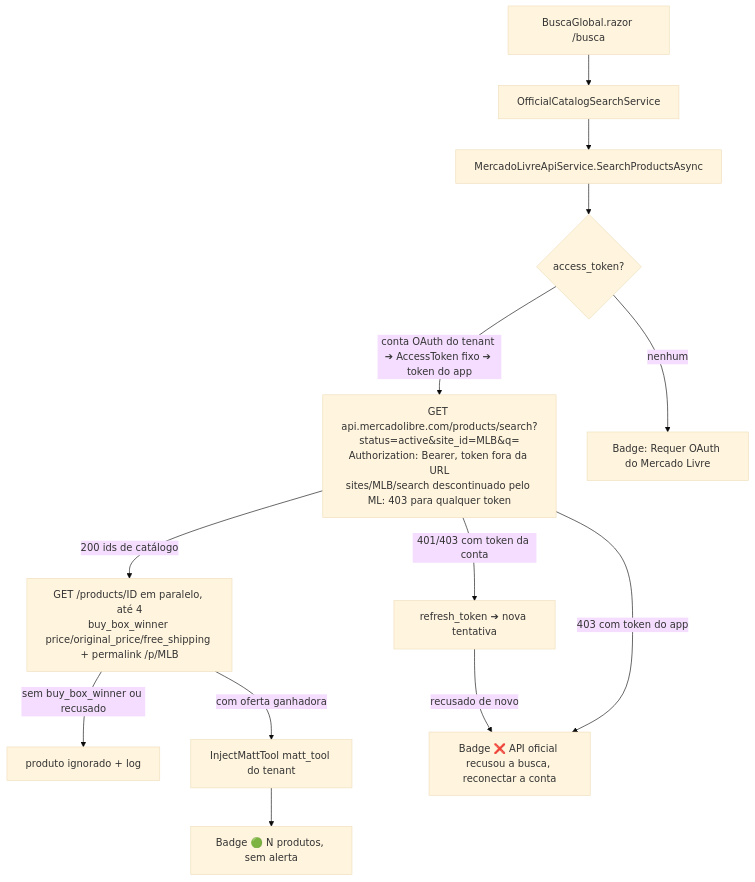
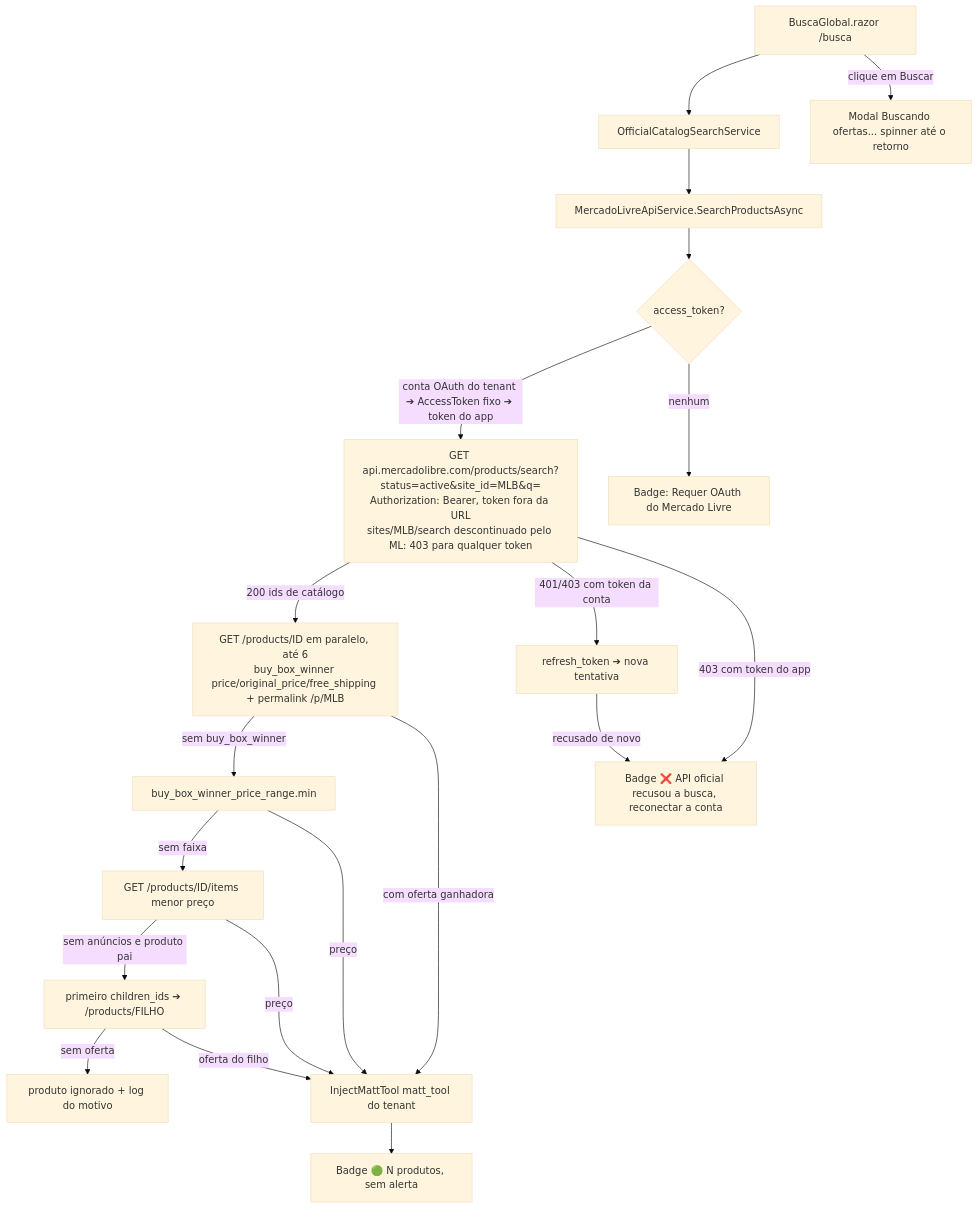
One commit to ronyaraujodeveloper/TecFlow changed diagram 24 of 29 in docs/DIAGRAMAS_ARQUITETURA.md. Above: the diagram before and after it, drawn with Mermaid (base theme). The commit also changed 10 other files, not shown here.

Commit message:
fix(ml): ofertas de catalogo sem buy box via faixa de preco, products/items e produto filho; modal de carregamento na Buscar Ofertas

````diff
--- a/docs/DIAGRAMAS_ARQUITETURA.md
+++ b/docs/DIAGRAMAS_ARQUITETURA.md
@@ -1636,15 +1636,22 @@
 ```mermaid
 flowchart TB
   BG[BuscaGlobal.razor /busca] --> OCS[OfficialCatalogSearchService]
   OCS --> MLS[MercadoLivreApiService.SearchProductsAsync]
   MLS --> TOKEN{access_token?}
   TOKEN -->|conta OAuth do tenant ➔ AccessToken fixo ➔ token do app| OAUTH[GET api.mercadolibre.com/products/search?status=active&site_id=MLB&q=<br/>Authorization: Bearer, token fora da URL<br/>sites/MLB/search descontinuado pelo ML: 403 para qualquer token]
   TOKEN -->|nenhum| CRED[Badge: Requer OAuth do Mercado Livre]
-  OAUTH -->|200 ids de catálogo| PROD[GET /products/ID em paralelo, até 4<br/>buy_box_winner price/original_price/free_shipping + permalink /p/MLB]
-  PROD -->|sem buy_box_winner ou recusado| SKIP[produto ignorado + log]
+  BG -->|clique em Buscar| MODAL[Modal Buscando ofertas... spinner até o retorno]
+  OAUTH -->|200 ids de catálogo| PROD[GET /products/ID em paralelo, até 6<br/>buy_box_winner price/original_price/free_shipping + permalink /p/MLB]
+  PROD -->|sem buy_box_winner| RANGE[buy_box_winner_price_range.min]
+  RANGE -->|sem faixa| PITEMS[GET /products/ID/items menor preço]
+  PITEMS -->|sem anúncios e produto pai| CHILD[primeiro children_ids ➔ /products/FILHO]
+  CHILD -->|sem oferta| SKIP[produto ignorado + log do motivo]
   PROD -->|com oferta ganhadora| MATT[InjectMattTool matt_tool do tenant]
+  RANGE -->|preço| MATT
+  PITEMS -->|preço| MATT
+  CHILD -->|oferta do filho| MATT
   MATT --> OK[Badge 🟢 N produtos, sem alerta]
   OAUTH -->|401/403 com token da conta| REFRESH[refresh_token ➔ nova tentativa]
   REFRESH -->|recusado de novo| DENY[Badge ❌ API oficial recusou a busca, reconectar a conta]
   OAUTH -->|403 com token do app| DENY
 ```
````
